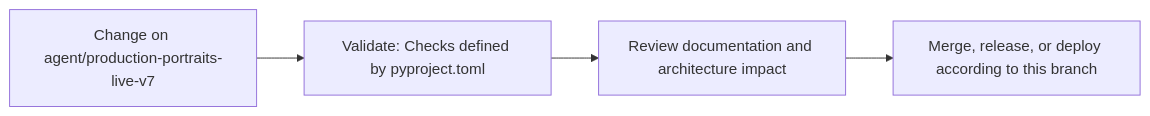
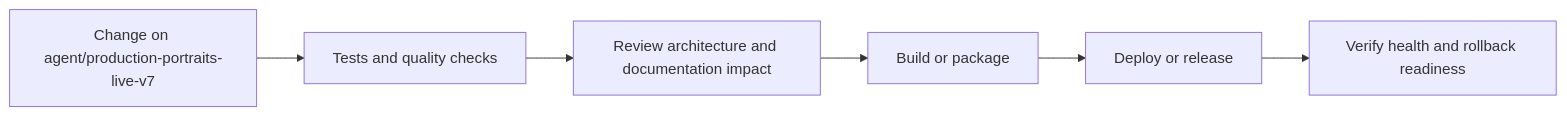
The seventh of 8 diagrams in README.md (Nischhalsubba/HajiriFlow), drawn with Mermaid before and after one commit. The commit also changed other lines of this file, not shown here.

````diff
--- a/README.md
+++ b/README.md
@@ -67,8 +187,8 @@
 ```mermaid
 flowchart LR
-    CHANGE["Change on agent/production-portraits-live-v7"]
-    CHECK["Validate: Checks defined by pyproject.toml"]
-    REVIEW["Review documentation and architecture impact"]
-    RELEASE["Merge, release, or deploy according to this branch"]
-    CHANGE --> CHECK --> REVIEW --> RELEASE
+    CHANGE["Change on agent/production-portraits-live-v7"] --> CHECK["Tests and quality checks"]
+    CHECK --> REVIEW["Review architecture and documentation impact"]
+    REVIEW --> BUILD["Build or package"]
+    BUILD --> DEPLOY["Deploy or release"]
+    DEPLOY --> VERIFY["Verify health and rollback readiness"]
 ```
````
